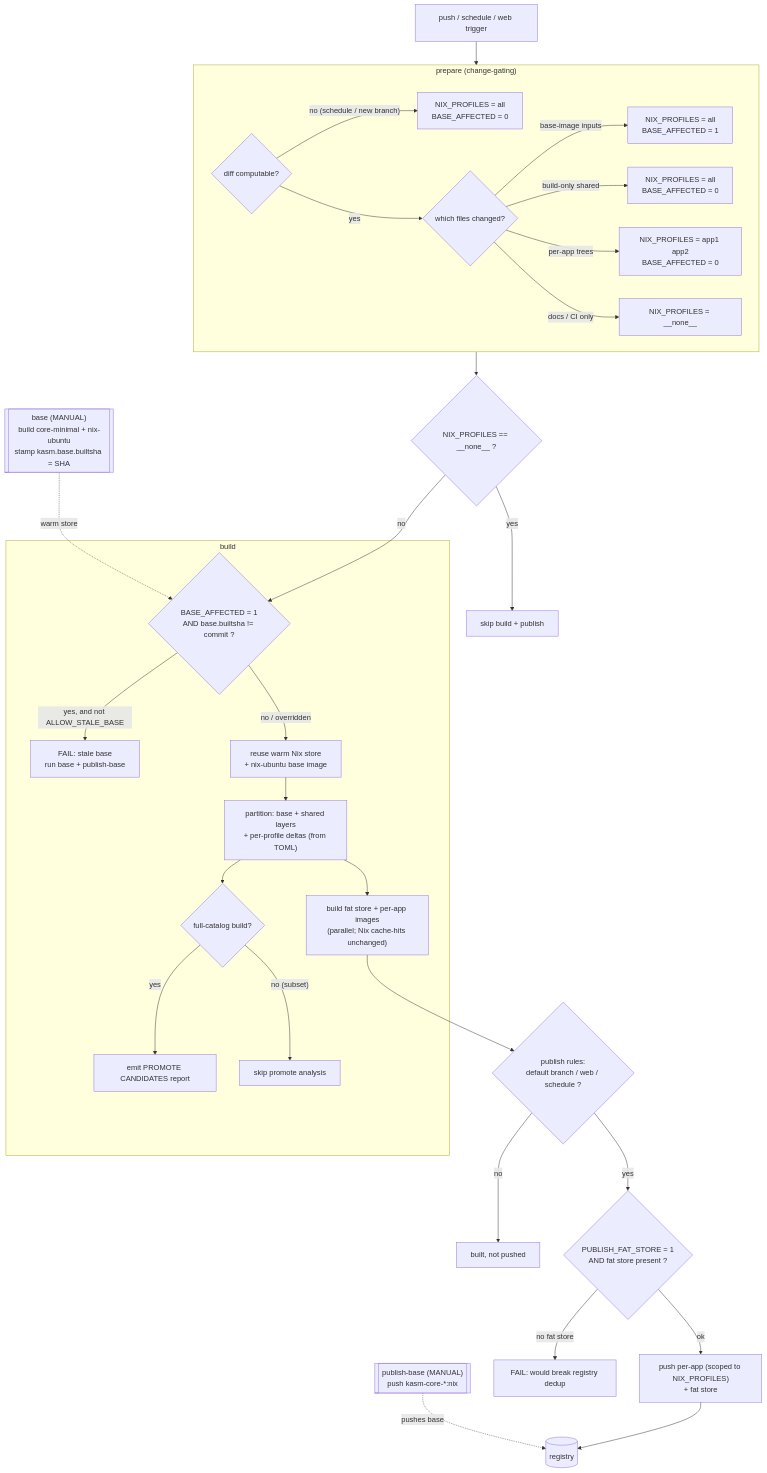
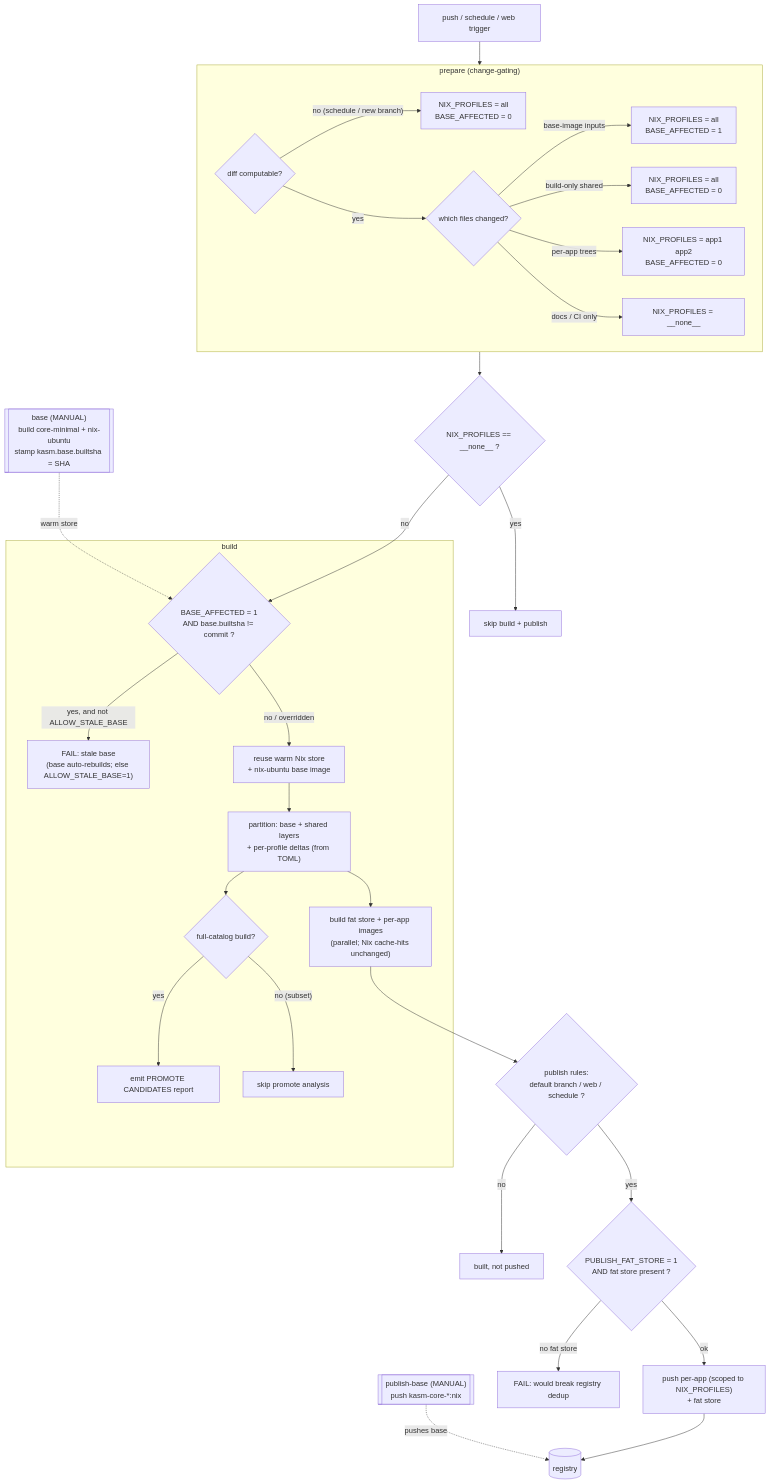
One commit to emrul/workspaces-core-images changed the diagram in docs/ci_cd_flow.md. Above: the diagram before and after it, drawn with Mermaid. The commit also changed other lines of this file and 9 other files, not shown here.

First line of the commit message:
nix-ci: automatic per-distro base rebuilds (digest + input driven, parallel)

````diff
--- a/docs/ci_cd_flow.md
+++ b/docs/ci_cd_flow.md
@@ -296,42 +297,42 @@
 ```mermaid
 flowchart TD
     trig["push / schedule / web trigger"] --> prep
 
     subgraph prep["prepare (change-gating)"]
       diff{"diff computable?"}
       diff -->|"no (schedule / new branch)"| allx["NIX_PROFILES = all<br/>BASE_AFFECTED = 0"]
       diff -->|yes| cls{"which files changed?"}
       cls -->|"base-image inputs"| ba["NIX_PROFILES = all<br/>BASE_AFFECTED = 1"]
       cls -->|"build-only shared"| bo["NIX_PROFILES = all<br/>BASE_AFFECTED = 0"]
       cls -->|"per-app trees"| ap["NIX_PROFILES = app1 app2<br/>BASE_AFFECTED = 0"]
       cls -->|"docs / CI only"| nn["NIX_PROFILES = __none__"]
     end
 
     mb[["base (MANUAL)<br/>build core-minimal + nix-ubuntu<br/>stamp kasm.base.builtsha = SHA"]]
     mpb[["publish-base (MANUAL)<br/>push kasm-core-*:nix"]]
 
     prep --> g1{"NIX_PROFILES == __none__ ?"}
     g1 -->|yes| skip["skip build + publish"]
     g1 -->|no| fresh
 
     mb -. "warm store" .-> fresh
 
     subgraph build["build"]
       fresh{"BASE_AFFECTED = 1<br/>AND base.builtsha != commit ?"}
-      fresh -->|"yes, and not ALLOW_STALE_BASE"| fstale["FAIL: stale base<br/>run base + publish-base"]
+      fresh -->|"yes, and not ALLOW_STALE_BASE"| fstale["FAIL: stale base<br/>(base auto-rebuilds; else ALLOW_STALE_BASE=1)"]
       fresh -->|"no / overridden"| warm["reuse warm Nix store<br/>+ nix-ubuntu base image"]
       warm --> part["partition: base + shared layers<br/>+ per-profile deltas (from TOML)"]
       part --> pro{"full-catalog build?"}
       pro -->|yes| rep["emit PROMOTE CANDIDATES report"]
       pro -->|"no (subset)"| nrep["skip promote analysis"]
       part --> emit["build fat store + per-app images<br/>(parallel; Nix cache-hits unchanged)"]
     end
 
     emit --> g2{"publish rules:<br/>default branch / web / schedule ?"}
     g2 -->|no| held["built, not pushed"]
     g2 -->|yes| g3{"PUBLISH_FAT_STORE = 1<br/>AND fat store present ?"}
     g3 -->|"no fat store"| ffat["FAIL: would break registry dedup"]
     g3 -->|ok| push["push per-app (scoped to NIX_PROFILES)<br/>+ fat store"]
     push --> reg[("registry")]
     mpb -. "pushes base" .-> reg
 ```
````
